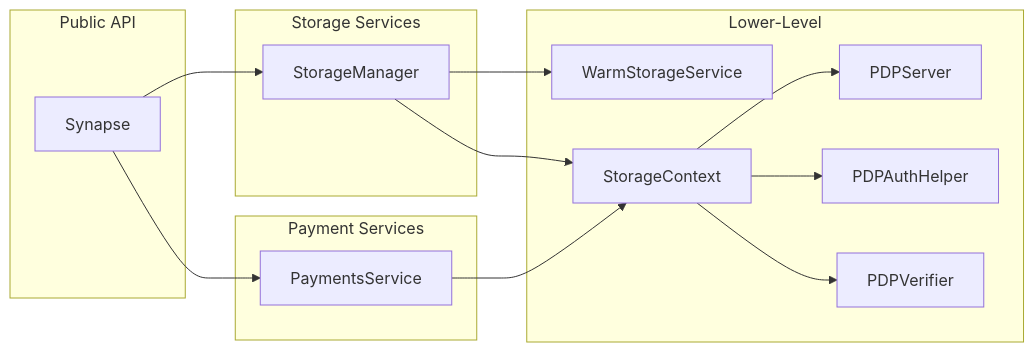
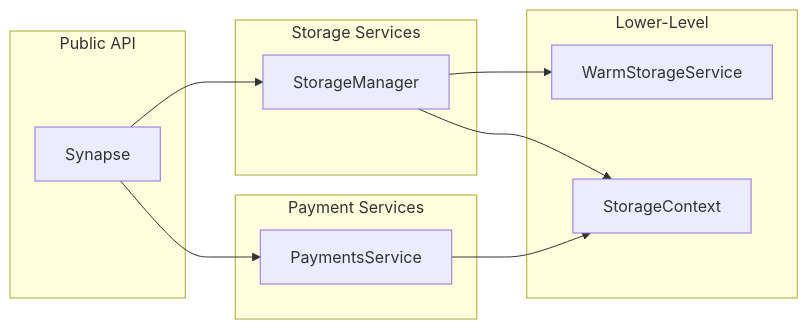
One commit to FilOzone/synapse-sdk changed the first of 2 diagrams in docs/src/content/docs/developer-guides/components.mdx. Above: the diagram before and after it, drawn with Mermaid. The commit also changed other lines of this file and 17 other files, not shown here.

````diff
--- a/docs/src/content/docs/developer-guides/components.mdx
+++ b/docs/src/content/docs/developer-guides/components.mdx
@@ -22,30 +19,24 @@
 ```mermaid
 graph LR
     subgraph "Public API"
         Synapse
     end
 
     subgraph "Payment Services"
         PS[PaymentsService]
     end
 
     subgraph "Storage Services"
         SM[StorageManager]
     end
 
     subgraph "Lower-Level"
         WSS[WarmStorageService]
         SC[StorageContext]
-        PDPS[PDPServer]
-        PDPA[PDPAuthHelper]
-        PDPV[PDPVerifier]
     end
     Synapse --> SM
     Synapse --> PS
     SM --> SC
     SM --> WSS
-    SC --> PDPS
-    SC --> PDPA
-    SC --> PDPV
     PS --> SC
 ```
````
